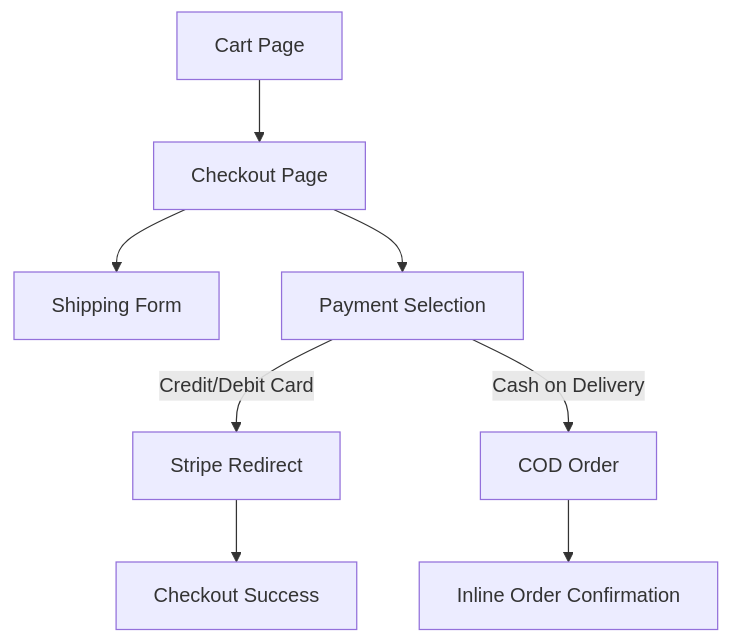
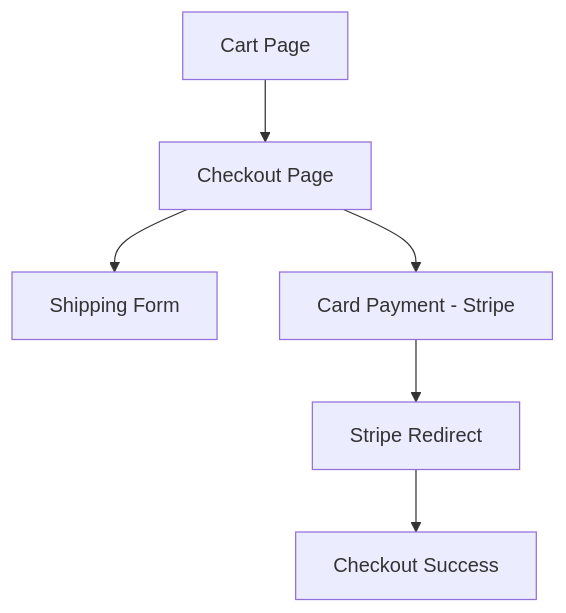
One commit to supportnoircreative/VersatileByVersha changed the eighth of 11 diagrams in docs/WEBSITE_FLOW.md. Above: the diagram before and after it, drawn with Mermaid. The commit also changed other lines of this file and 4 other files, not shown here.

````diff
--- a/docs/WEBSITE_FLOW.md
+++ b/docs/WEBSITE_FLOW.md
@@ -656,10 +654,8 @@
 ```mermaid
 graph TD
     CartPage[Cart Page] --> CheckoutPage[Checkout Page]
     CheckoutPage --> Form[Shipping Form]
-    CheckoutPage --> PaymentSelection[Payment Selection]
-    PaymentSelection --> |Credit/Debit Card| StripeFlow[Stripe Redirect]
-    PaymentSelection --> |Cash on Delivery| CODFlow[COD Order]
+    CheckoutPage --> PaymentSelection[Card Payment - Stripe]
+    PaymentSelection --> StripeFlow[Stripe Redirect]
     StripeFlow --> SuccessPage[Checkout Success]
-    CODFlow --> OrderConfirmation[Inline Order Confirmation]
 ```
````
